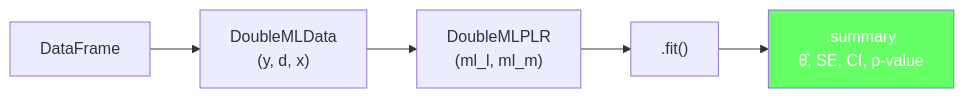
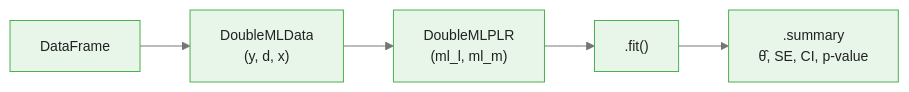
Before and after one commit to m-deane/course-creator: the first of 2 diagrams in courses/double-machine-learning/modules/module_05_partially_linear_models/guides/01_plr_in_practice_slides.md, drawn with Mermaid. The commit also changed other lines of this file and 40 other files, not shown here.

````diff
--- a/courses/double-machine-learning/modules/module_05_partially_linear_models/guides/01_plr_in_practice_slides.md
+++ b/courses/double-machine-learning/modules/module_05_partially_linear_models/guides/01_plr_in_practice_slides.md
@@ -33,8 +33,8 @@
 ```mermaid
+%%{init: {"theme": "base", "themeVariables": {"primaryColor": "#e8f5e9", "primaryBorderColor": "#4caf50", "primaryTextColor": "#212121", "secondaryColor": "#e3f2fd", "tertiaryColor": "#fff8e1", "lineColor": "#757575", "fontFamily": "Inter, sans-serif", "fontSize": "14px"}}}%%
 flowchart LR
     Data["DataFrame"] --> DMLData["DoubleMLData<br/>(y, d, x)"]
     DMLData --> PLR["DoubleMLPLR<br/>(ml_l, ml_m)"]
     PLR --> Fit[".fit()"]
     Fit --> Results[".summary<br/>θ̂, SE, CI, p-value"]
-    style Results fill:#6f6,color:#fff
 ```
````
